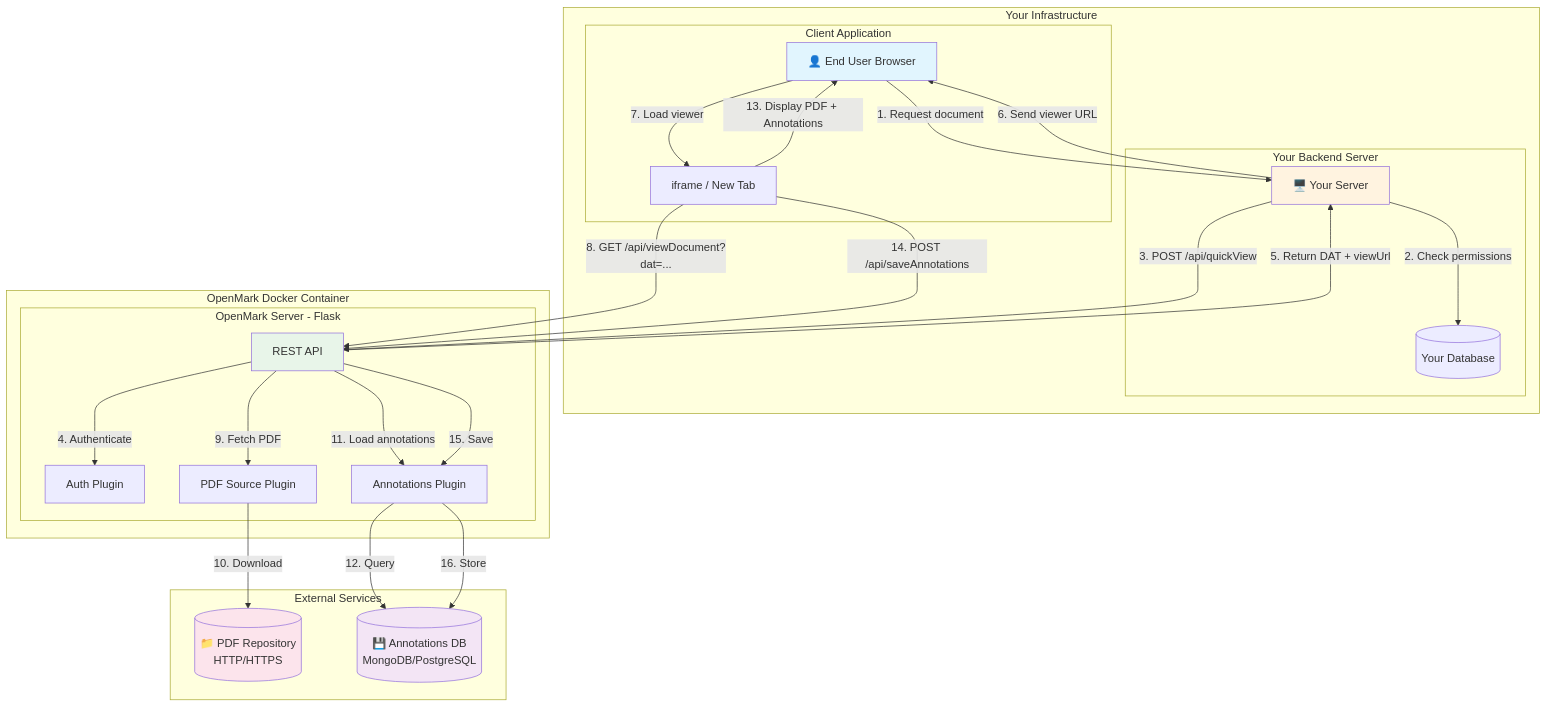
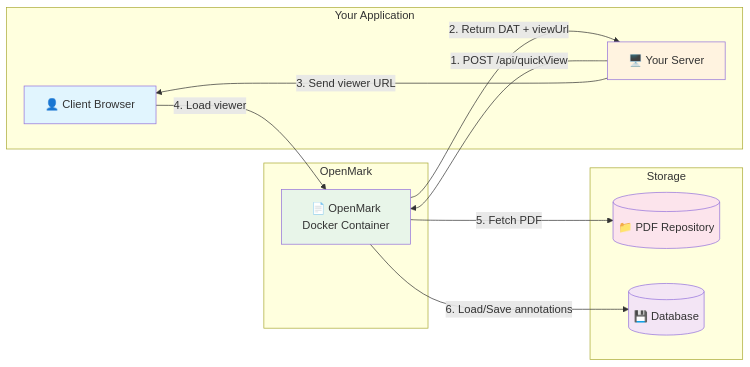
One commit to gLUK00/OpenMark changed the diagram in README.md. Above: the diagram before and after it, drawn with Mermaid. The commit also changed other lines of this file and 6 other files, not shown here.

````diff
--- a/README.md
+++ b/README.md
@@ -27,51 +36,29 @@
 ```mermaid
-graph TD
-    subgraph "Your Infrastructure"
-        subgraph "Client Application"
-            CA[👤 End User Browser]
-            IFRAME[iframe / New Tab]
-        end
-        
-        subgraph "Your Backend Server"
-            YS[🖥️ Your Server]
-            YDB[(Your Database)]
-        end
+graph LR
+    subgraph "Your Application"
+        CLIENT[👤 Client Browser]
+        SERVER[🖥️ Your Server]
     end
-    
-    subgraph "OpenMark Docker Container"
-        subgraph "OpenMark Server - Flask"
-            API[REST API]
-            AUTH[Auth Plugin]
-            PDF[PDF Source Plugin]
-            ANN[Annotations Plugin]
-        end
+
+    subgraph "OpenMark"
+        OM[📄 OpenMark<br/>Docker Container]
     end
-    
-    subgraph "External Services"
-        PDFREPO[(📁 PDF Repository<br/>HTTP/HTTPS)]
-        ANNDB[(💾 Annotations DB<br/>MongoDB/PostgreSQL)]
+
+    subgraph "Storage"
+        PDF[(📁 PDF Repository)]
+        DB[(💾 Database)]
     end
-    
-    CA -->|1. Request document| YS
-    YS -->|2. Check permissions| YDB
-    YS -->|3. POST /api/quickView| API
-    API -->|4. Authenticate| AUTH
-    API -->|5. Return DAT + viewUrl| YS
-    YS -->|6. Send viewer URL| CA
-    CA -->|7. Load viewer| IFRAME
-    IFRAME -->|8. GET /api/viewDocument?dat=...| API
-    API -->|9. Fetch PDF| PDF
-    PDF -->|10. Download| PDFREPO
-    API -->|11. Load annotations| ANN
-    ANN -->|12. Query| ANNDB
-    IFRAME -->|13. Display PDF + Annotations| CA
-    IFRAME -->|14. POST /api/saveAnnotations| API
-    API -->|15. Save| ANN
-    ANN -->|16. Store| ANNDB
 
-    style CA fill:#e1f5fe
-    style YS fill:#fff3e0
-    style API fill:#e8f5e9
-    style PDFREPO fill:#fce4ec
-    style ANNDB fill:#f3e5f5
+    SERVER -->|1. POST /api/quickView| OM
+    OM -->|2. Return DAT + viewUrl| SERVER
+    SERVER -->|3. Send viewer URL| CLIENT
+    CLIENT -->|4. Load viewer| OM
+    OM -->|5. Fetch PDF| PDF
+    OM -->|6. Load/Save annotations| DB
+
+    style CLIENT fill:#e1f5fe
+    style SERVER fill:#fff3e0
+    style OM fill:#e8f5e9
+    style PDF fill:#fce4ec
+    style DB fill:#f3e5f5
 ```
````
